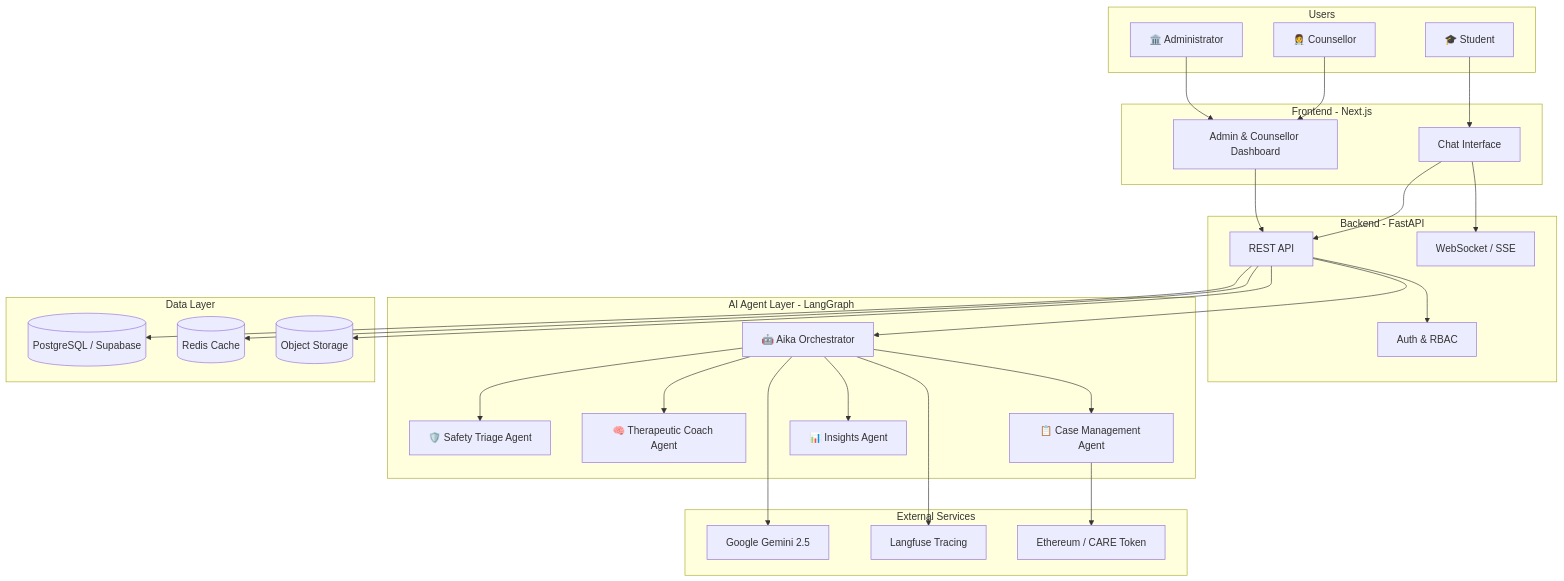
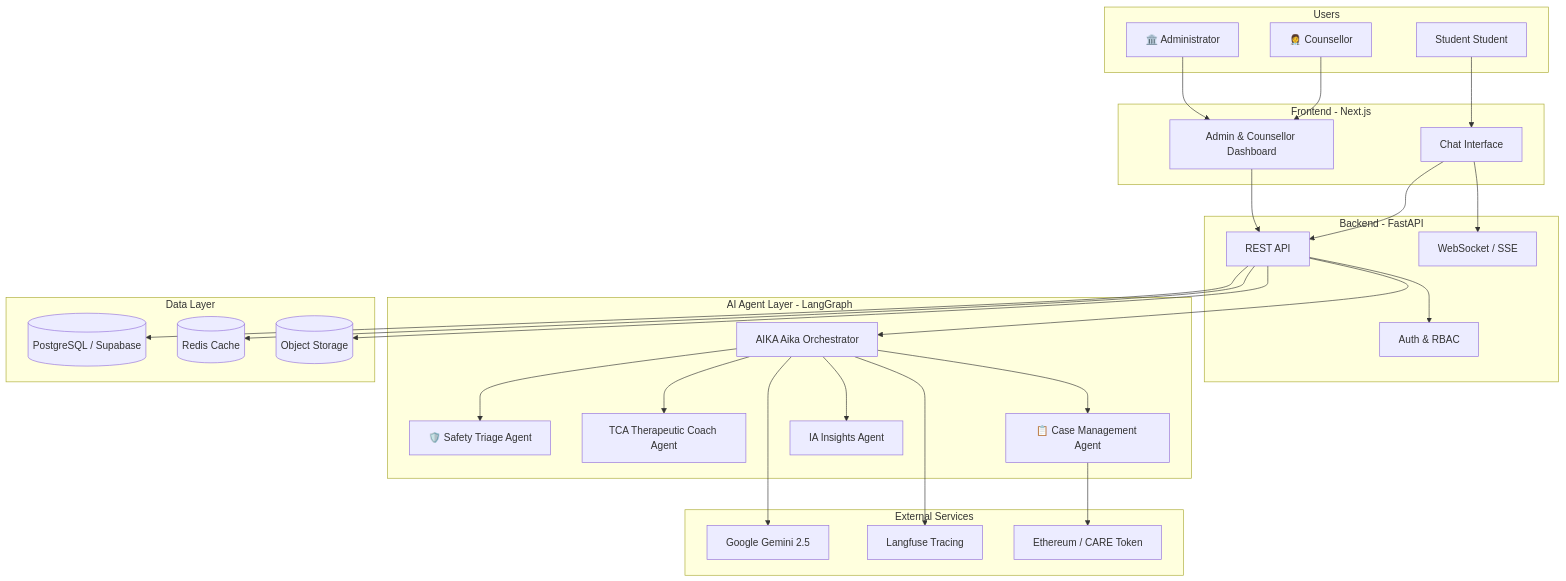
The first of 2 diagrams in docs-site/docs/architecture/system-overview.md (gigahidjrikaaa/UGM-AICare), drawn with Mermaid before and after one commit. The commit also changed other lines of this file and 69 other files, not shown here.

````diff
--- a/docs-site/docs/architecture/system-overview.md
+++ b/docs-site/docs/architecture/system-overview.md
@@ -17,58 +17,58 @@
 ```mermaid
 graph TB
-    subgraph "Users"
-        STU[🎓 Student]
-        CNS[👩‍⚕️ Counsellor]
-        ADM[🏛️ Administrator]
-    end
+ subgraph "Users"
+ STU[Student Student]
+ CNS[👩‍⚕️ Counsellor]
+ ADM[🏛️ Administrator]
+ end
 
-    subgraph "Frontend - Next.js"
-        UI[Chat Interface]
-        DASH[Admin & Counsellor Dashboard]
-    end
+ subgraph "Frontend - Next.js"
+ UI[Chat Interface]
+ DASH[Admin & Counsellor Dashboard]
+ end
 
-    subgraph "Backend - FastAPI"
-        API[REST API]
-        WS[WebSocket / SSE]
-        AUTH[Auth & RBAC]
-    end
+ subgraph "Backend - FastAPI"
+ API[REST API]
+ WS[WebSocket / SSE]
+ AUTH[Auth & RBAC]
+ end
 
-    subgraph "AI Agent Layer - LangGraph"
-        AIKA[🤖 Aika Orchestrator]
-        STA[🛡️ Safety Triage Agent]
-        TCA[🧠 Therapeutic Coach Agent]
-        CMA[📋 Case Management Agent]
-        IA[📊 Insights Agent]
-    end
+ subgraph "AI Agent Layer - LangGraph"
+ AIKA[AIKA Aika Orchestrator]
+ STA[🛡️ Safety Triage Agent]
+ TCA[TCA Therapeutic Coach Agent]
+ CMA[📋 Case Management Agent]
+ IA[IA Insights Agent]
+ end
 
-    subgraph "Data Layer"
-        PG[(PostgreSQL / Supabase)]
-        RD[(Redis Cache)]
-        S3[(Object Storage)]
-    end
+ subgraph "Data Layer"
+ PG[(PostgreSQL / Supabase)]
+ RD[(Redis Cache)]
+ S3[(Object Storage)]
+ end
 
-    subgraph "External Services"
-        GEM[Google Gemini 2.5]
-        LF[Langfuse Tracing]
-        ETH[Ethereum / CARE Token]
-    end
+ subgraph "External Services"
+ GEM[Google Gemini 2.5]
+ LF[Langfuse Tracing]
+ ETH[Ethereum / CARE Token]
+ end
 
-    STU --> UI
-    CNS --> DASH
-    ADM --> DASH
-    UI --> API
-    UI --> WS
-    DASH --> API
-    API --> AUTH
-    API --> AIKA
-    AIKA --> STA
-    AIKA --> TCA
-    AIKA --> CMA
-    AIKA --> IA
-    AIKA --> GEM
-    API --> PG
-    API --> RD
-    AIKA --> LF
-    CMA --> ETH
-    API --> S3
+ STU --> UI
+ CNS --> DASH
+ ADM --> DASH
+ UI --> API
+ UI --> WS
+ DASH --> API
+ API --> AUTH
+ API --> AIKA
+ AIKA --> STA
+ AIKA --> TCA
+ AIKA --> CMA
+ AIKA --> IA
+ AIKA --> GEM
+ API --> PG
+ API --> RD
+ AIKA --> LF
+ CMA --> ETH
+ API --> S3
 ```
````
